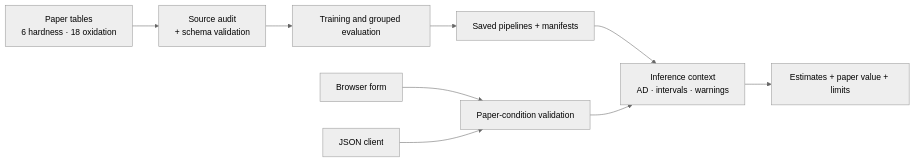
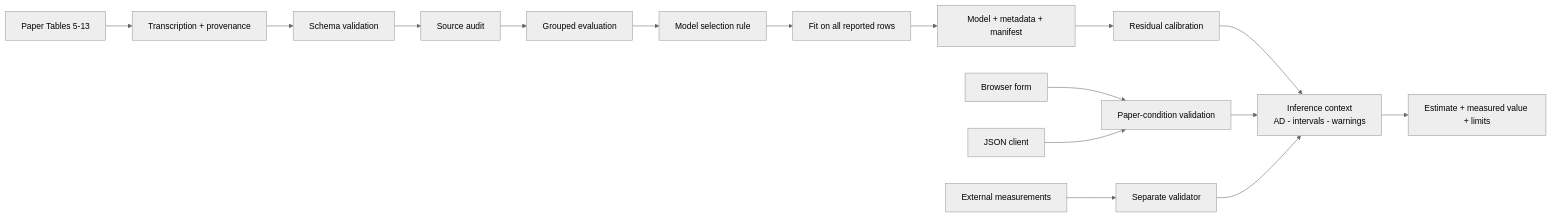
One commit to TheComputationalCore/Material-Hardness-Oxidation-Prediction changed the first of 2 diagrams in README.md. Above: the diagram before and after it, drawn with Mermaid (neutral theme). The commit also changed other lines of this file and 2 other files, not shown here.

````diff
--- a/README.md
+++ b/README.md
@@ -236,11 +226,18 @@
 ```mermaid
 flowchart LR
-    D[Paper tables<br/>6 hardness · 18 oxidation] --> A[Source audit<br/>+ schema validation]
-    A --> T[Training and grouped evaluation]
-    T --> M[Saved pipelines + manifests]
-    M --> I[Inference context<br/>AD · intervals · warnings]
+    P[Paper Tables 5-13] --> T[Transcription + provenance]
+    T --> S[Schema validation]
+    S --> A[Source audit]
+    A --> E[Grouped evaluation]
+    E --> C[Model selection rule]
+    C --> F[Fit on all reported rows]
+    F --> M[Model + metadata + manifest]
+    M --> K[Residual calibration]
+    K --> I[Inference context<br/>AD - intervals - warnings]
     U[Browser form] --> V[Paper-condition validation]
     J[JSON client] --> V
     V --> I
-    I --> R[Estimates + paper value + limits]
+    I --> R[Estimate + measured value + limits]
+    X[External measurements] --> Y[Separate validator]
+    Y --> I
 ```
````
